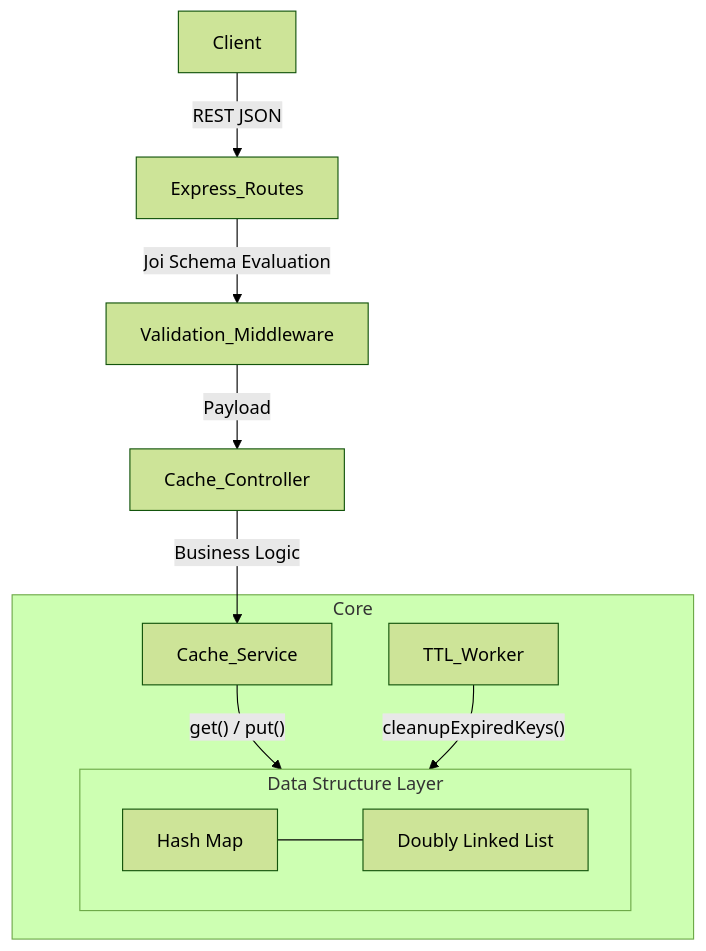
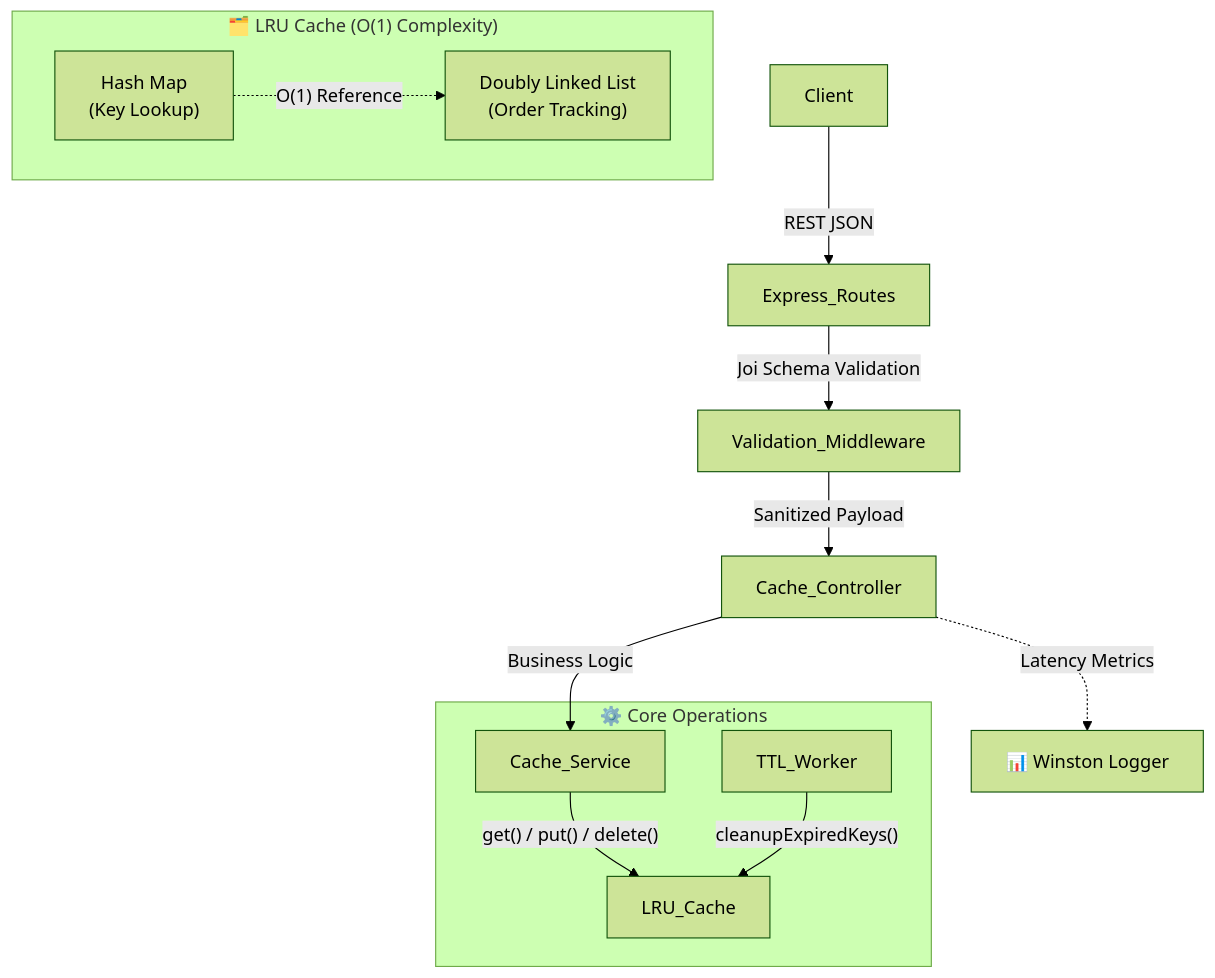
One commit to Akashrana1001/lru-cache-server changed the diagram in README.md. Above: the diagram before and after it, drawn with Mermaid (forest theme). The commit also changed other lines of this file, not shown here.

````diff
--- a/README.md
+++ b/README.md
@@ -17,18 +31,21 @@
 ```mermaid
 graph TD;
     Client-->|REST JSON|Express_Routes
-    Express_Routes-->|Joi Schema Evaluation|Validation_Middleware
-    Validation_Middleware-->|Payload|Cache_Controller
+    Express_Routes-->|Joi Schema Validation|Validation_Middleware
+    Validation_Middleware-->|Sanitized Payload|Cache_Controller
     Cache_Controller-->|Business Logic|Cache_Service
     
-    subgraph Core
-        Cache_Service-->|"get() / put()"|LRU_Cache
+    subgraph Core["⚙️ Core Operations"]
+        Cache_Service-->|"get() / put() / delete()"|LRU_Cache
         TTL_Worker-->|"cleanupExpiredKeys()"|LRU_Cache
     end
     
-    subgraph LRU_Cache [Data Structure Layer]
-        HashMap[Hash Map]
-        DoubleList[Doubly Linked List]
-        HashMap --- DoubleList
+    subgraph DataStructure["🗂️ LRU Cache (O(1) Complexity)"]
+        HashMap["Hash Map<br/>(Key Lookup)"]
+        DoubleList["Doubly Linked List<br/>(Order Tracking)"]
+        HashMap -.->|"O(1) Reference"|DoubleList
     end
+    
+    Logger["📊 Winston Logger"]
+    Cache_Controller -.->|"Latency Metrics"|Logger
 ```
````
